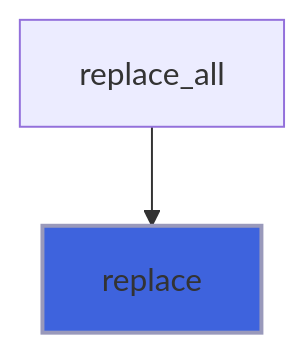
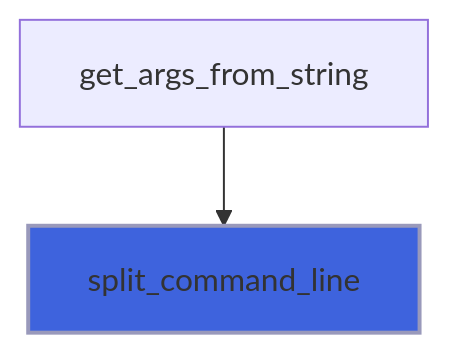
Before and after one commit to szaghi/FLAP: the sixth of 14 diagrams in docs/api/src/lib/flap_utils_m.md, drawn with Mermaid. The commit also changed other lines of this file and 17 other files, not shown here.

````diff
--- a/docs/api/src/lib/flap_utils_m.md
+++ b/docs/api/src/lib/flap_utils_m.md
@@ -125,5 +221,5 @@
 ```mermaid
 flowchart TD
-  replace_all["replace_all"] --> replace["replace"]
-  style replace fill:#3e63dd,stroke:#99b,stroke-width:2px
+  get_args_from_string["get_args_from_string"] --> split_command_line["split_command_line"]
+  style split_command_line fill:#3e63dd,stroke:#99b,stroke-width:2px
 ```
````
